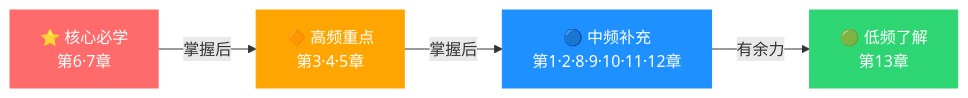
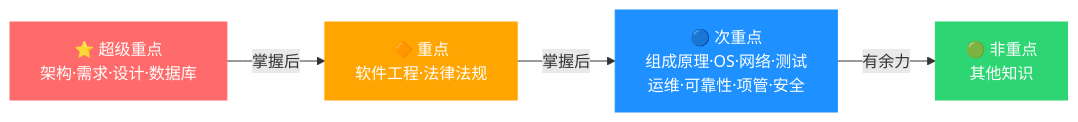
The first of 9 diagrams in 01-综合知识/00-综合知识全景图.md (wanlinruo/system-architect-exam-prep), drawn with Mermaid before and after one commit. The commit also changed other lines of this file and 2 other files, not shown here.

First line of the commit message:
docs(A3): 更新综合知识全景图，对齐红宝书16文件结构

````diff
--- a/01-综合知识/00-综合知识全景图.md
+++ b/01-综合知识/00-综合知识全景图.md
@@ -19,11 +20,11 @@
 ```mermaid
 graph LR
-    A["⭐ 核心必学<br>第6·7章"] -->|掌握后| B["🔶 高频重点<br>第3·4·5章"]
-    B -->|掌握后| C["🔵 中频补充<br>第1·2·8·9·10·11·12章"]
-    C -->|有余力| D["🟢 低频了解<br>第13章"]
+    A["⭐ 超级重点<br>架构·需求·设计·数据库"] -->|掌握后| B["🔶 重点<br>软件工程·法律法规"]
+    B -->|掌握后| C["🔵 次重点<br>组成原理·OS·网络·测试<br>运维·可靠性·项管·安全"]
+    C -->|有余力| D["🟢 非重点<br>其他知识"]
 
     style A fill:#ff6b6b,color:#fff,stroke:#ff6b6b
     style B fill:#ffa502,color:#fff,stroke:#ffa502
     style C fill:#1e90ff,color:#fff,stroke:#1e90ff
     style D fill:#2ed573,color:#fff,stroke:#2ed573
 ```
````
